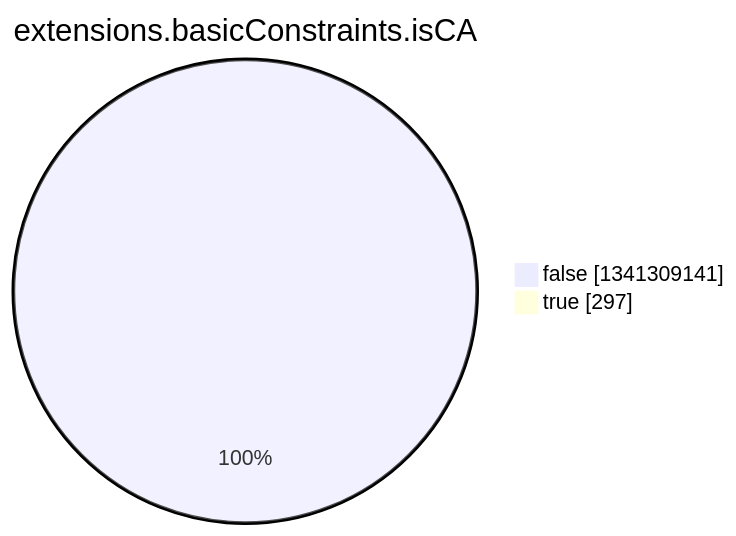
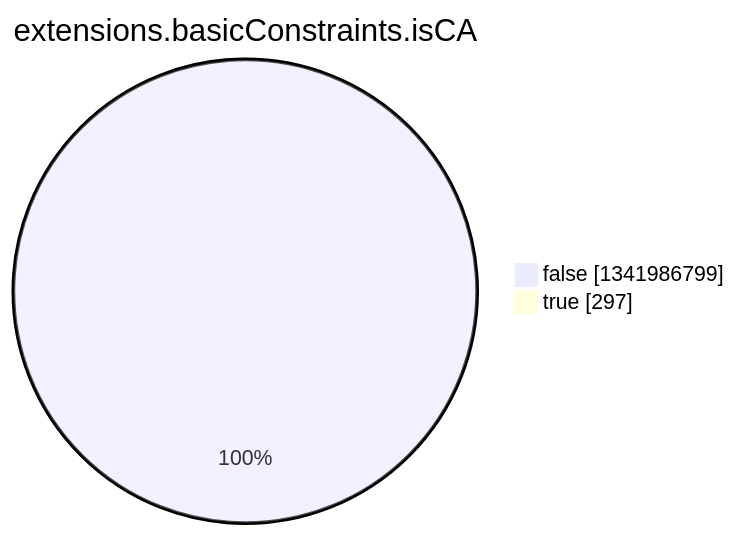
Before and after one commit to christiankrug/ctmonitor_visualization: the eighth of 15 diagrams in argon2022/README.md, drawn with Mermaid. The commit also changed other lines of this file, not shown here.

````diff
--- a/argon2022/README.md
+++ b/argon2022/README.md
@@ -2758,6 +2758,6 @@
 ```mermaid
 pie showData
 title extensions.basicConstraints.isCA
-"false" :1341309141
+"false" :1341986799
 "true" :297
 ```
````
